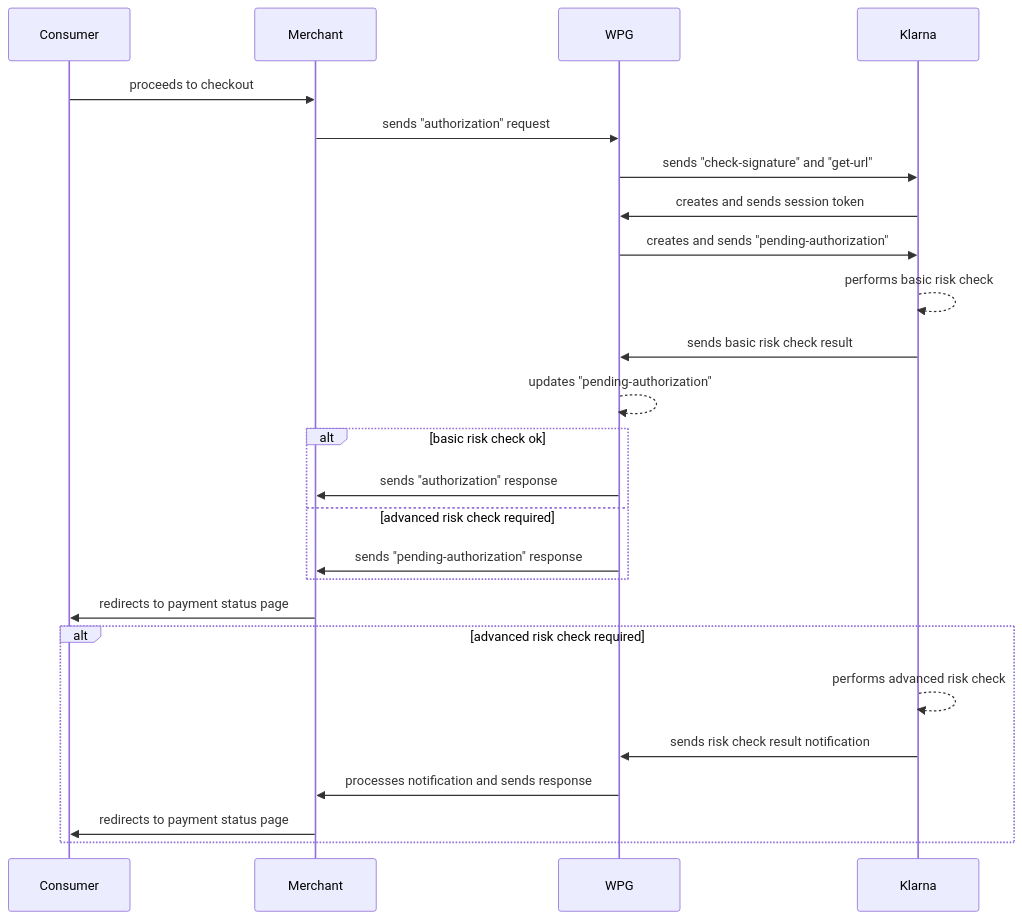
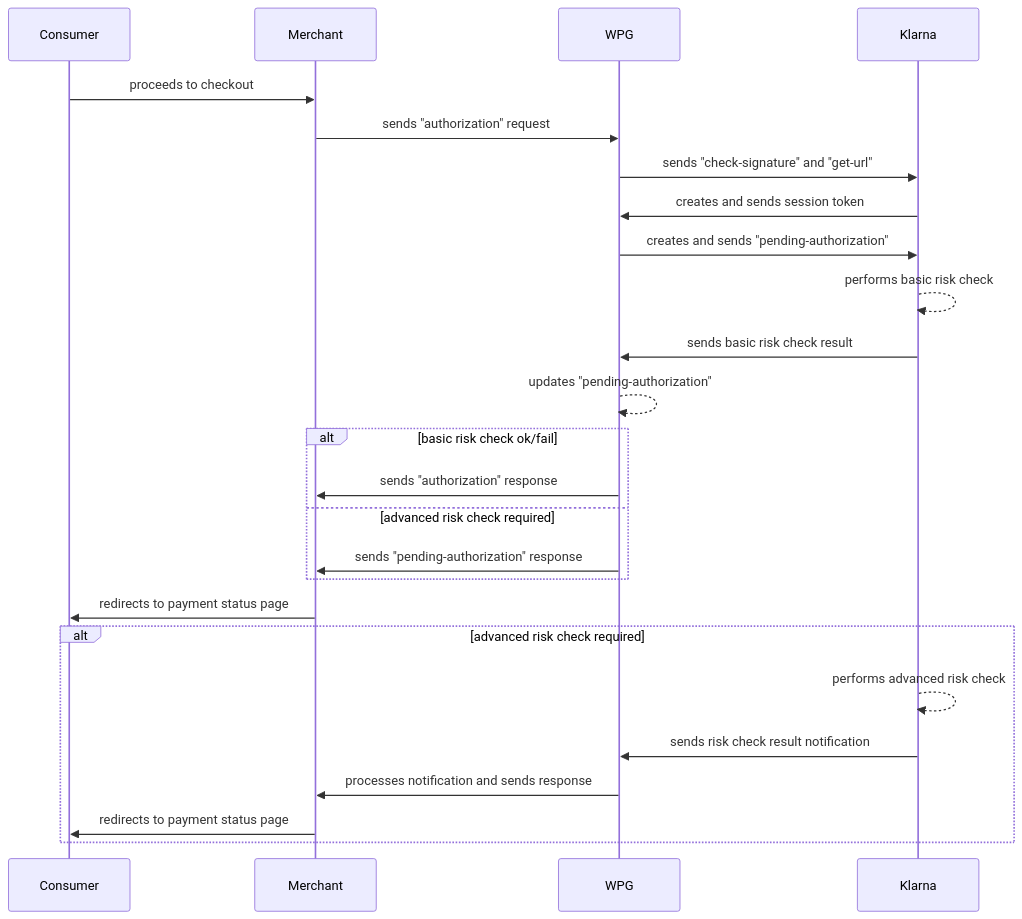
The diagram in 11-13-01-01-klarna-v2-authorization.adoc (wirecard/merchant-documentation-gateway), drawn with Mermaid before and after one commit.

Commit message:
Change diagram

```diff
--- a/11-13-01-01-klarna-v2-authorization.adoc
+++ b/11-13-01-01-klarna-v2-authorization.adoc
@@ -14,28 +14,28 @@
 [mermaid,Klarnav2_workflow_authorization,svg,subs=attributes+]
 ----
 sequenceDiagram
     participant C as Consumer
     participant M as Merchant
     participant W as WPG
     participant K as Klarna
 C->>M: proceeds to checkout
 M->>W: sends "authorization" request
 W->>K: sends "check-signature" and "get-url"
 K->>W: creates and sends session token
 W->>K: creates and sends "pending-authorization"
 K-->>K: performs basic risk check
 K->>W: sends basic risk check result
 W-->>W: updates "pending-authorization"
-    alt basic risk check ok
+    alt basic risk check ok/fail
         W->>M: sends "authorization" response
     else advanced risk check required
         W->>M: sends "pending-authorization" response
     end
 M->>C: redirects to payment status page
     alt advanced risk check required
        K-->>K: performs advanced risk check
        K->>W: sends risk check result notification
        W->>M: processes notification and sends response
        M->>C: redirects to payment status page
     end
 ----
```
